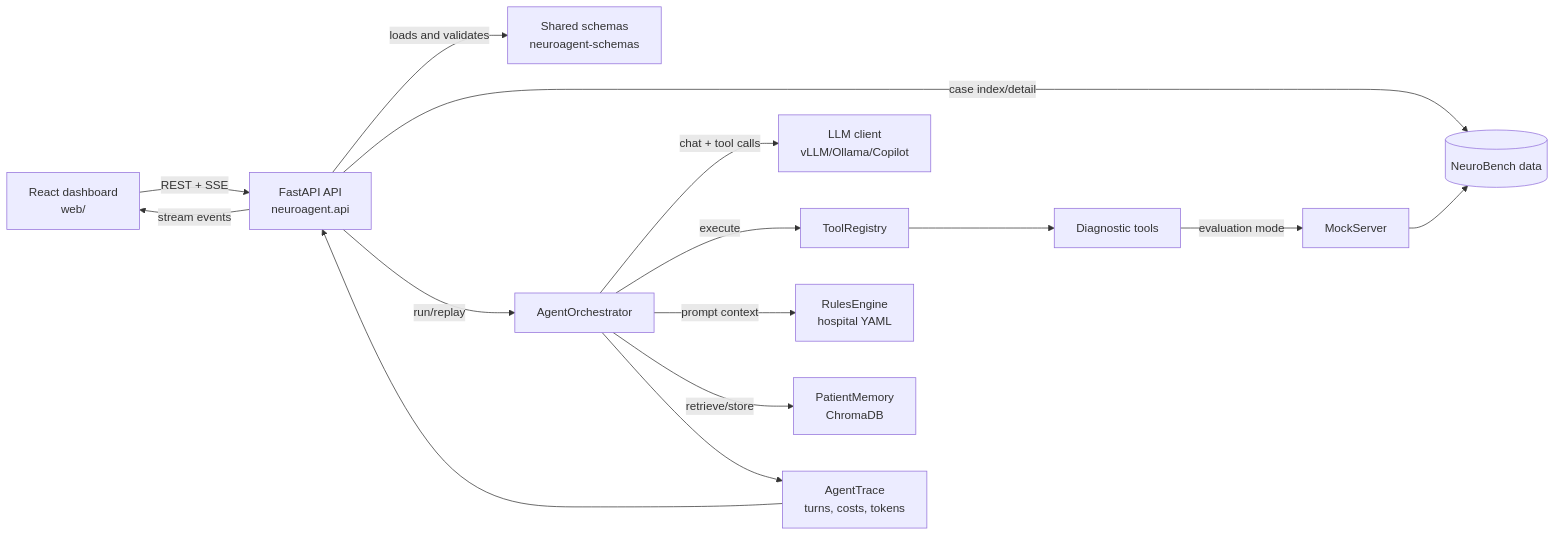
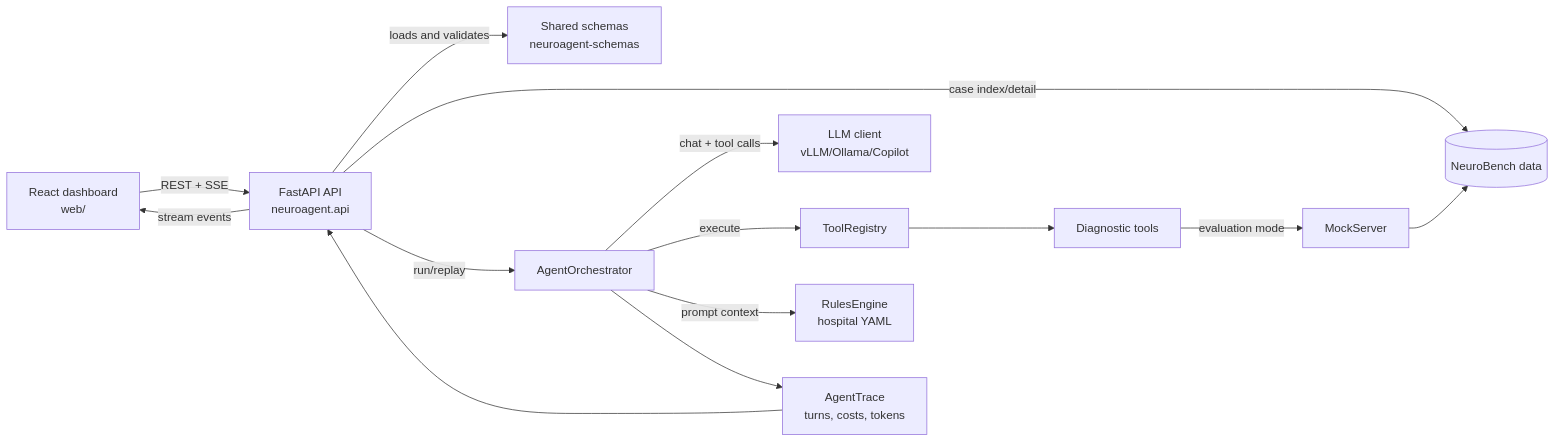
The first of 10 diagrams in ARCHITECTURE_REPO_BREAKDOWN.md (Prot10/medical-agents), drawn with Mermaid before and after one commit. The commit also changed other lines of this file and 19 other files, not shown here.

````diff
--- a/ARCHITECTURE_REPO_BREAKDOWN.md
+++ b/ARCHITECTURE_REPO_BREAKDOWN.md
@@ -28,17 +28,16 @@
 ```mermaid
 flowchart LR
   Web[React dashboard<br/>web/] -->|REST + SSE| API[FastAPI API<br/>neuroagent.api]
   API -->|loads and validates| Schemas[Shared schemas<br/>neuroagent-schemas]
   API -->|case index/detail| Data[(NeuroBench data)]
   API -->|run/replay| Orch[AgentOrchestrator]
   Orch -->|chat + tool calls| LLM[LLM client<br/>vLLM/Ollama/Copilot]
   Orch -->|execute| Registry[ToolRegistry]
   Registry --> Tools[Diagnostic tools]
   Tools -->|evaluation mode| Mock[MockServer]
   Mock --> Data
   Orch -->|prompt context| Rules[RulesEngine<br/>hospital YAML]
-  Orch -->|retrieve/store| Memory[PatientMemory<br/>ChromaDB]
   Orch --> Trace[AgentTrace<br/>turns, costs, tokens]
   Trace --> API
   API -->|stream events| Web
 ```
````
